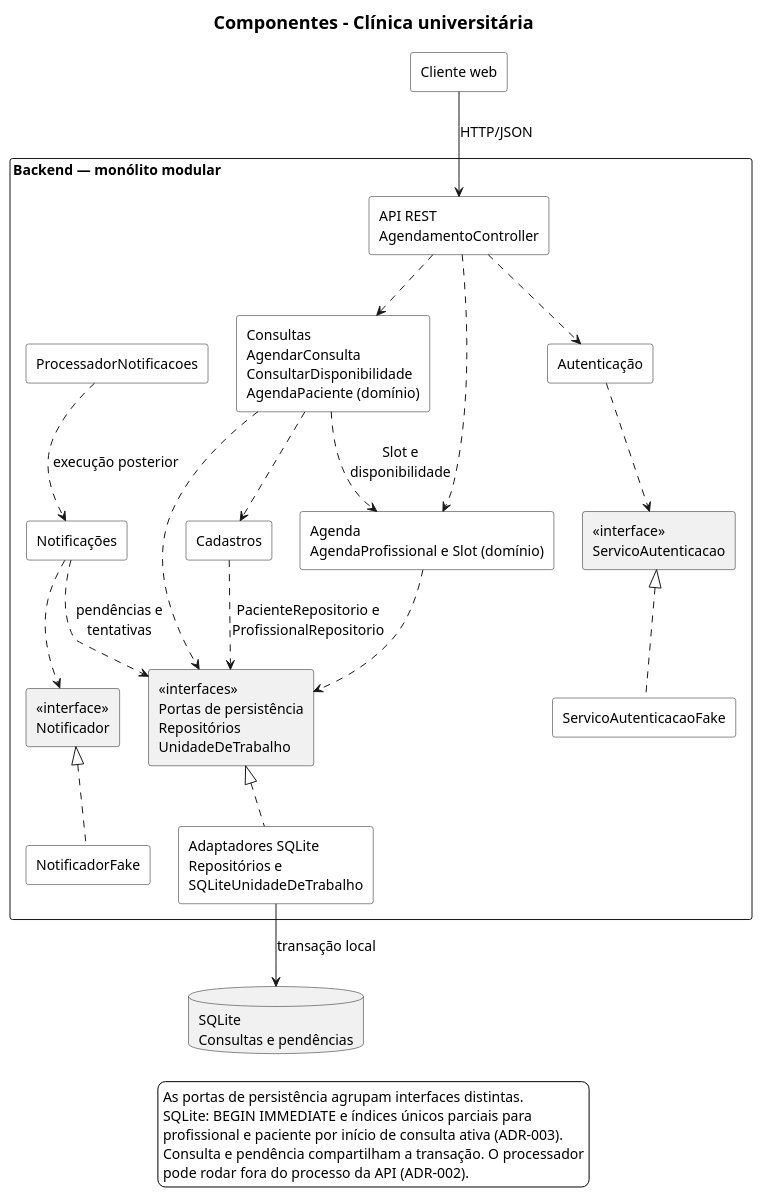
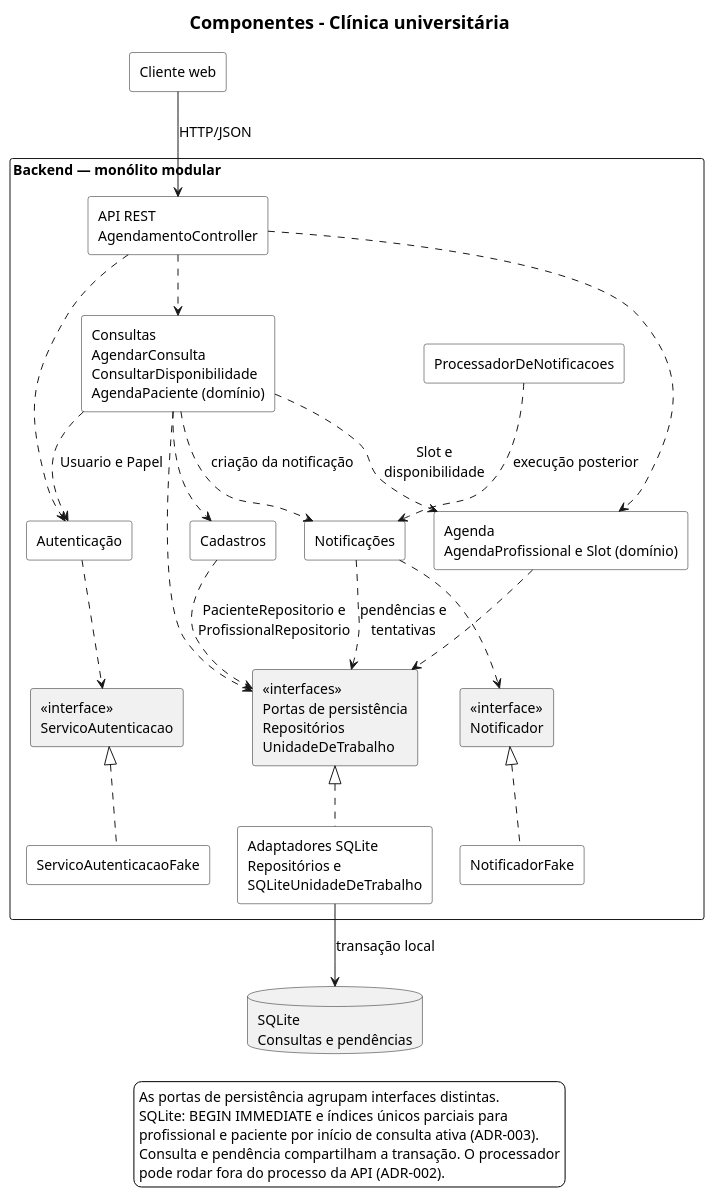
The diagram in docs/diagramas/componentes.puml (luizeduarte/agenda-clinica), drawn with PlantUML before and after one commit. The commit also changed 11 other files, not shown here.

First line of the commit message:
[FIX] Alinhamento dos diagramas com o código

```diff
--- a/docs/diagramas/componentes.puml
+++ b/docs/diagramas/componentes.puml
@@ -1,66 +1,68 @@
 @startuml componentes
 
 skinparam monochrome true
 skinparam shadowing false
 skinparam defaultFontName SansSerif
 skinparam defaultFontSize 14
 skinparam titleFontSize 18
 skinparam componentStyle rectangle
 skinparam componentBackgroundColor white
 skinparam packageStyle rectangle
 skinparam packageTitleAlignment left
 skinparam packageBackgroundColor white
 skinparam legendBackgroundColor white
 skinparam nodesep 28
 
 title Componentes - Clínica universitária
 
 component "Cliente web" as Web
 
 package "Backend — monólito modular" {
   component "API REST\nAgendamentoController" as API
   component "Consultas\nAgendarConsulta\nConsultarDisponibilidade\nAgendaPaciente (domínio)" as Consultas
   component "Agenda\nAgendaProfissional e Slot (domínio)" as Agenda
   component Cadastros
   component "Notificações" as Notificacoes
   component "Autenticação" as Autenticacao
 
   rectangle "«interfaces»\nPortas de persistência\nRepositórios\nUnidadeDeTrabalho" as Dados
   rectangle "«interface»\nNotificador" as Notificador
   rectangle "«interface»\nServicoAutenticacao" as ServicoAutenticacao
   component "Adaptadores SQLite\nRepositórios e\nSQLiteUnidadeDeTrabalho" as SQLite
   component NotificadorFake
   component ServicoAutenticacaoFake
-  component ProcessadorNotificacoes
+  component ProcessadorDeNotificacoes
 }
 
 database "SQLite\nConsultas e pendências" as Banco
 
 Web -down-> API : HTTP/JSON
 API ..> Consultas
 API ..> Agenda
 API ..> Autenticacao
 Consultas ..> Agenda : Slot e\ndisponibilidade
 Consultas ..> Cadastros
+Consultas ..> Autenticacao : Usuario e Papel
+Consultas ..> Notificacoes : criação da notificação
 Consultas ..> Dados
 Agenda ..> Dados
 Cadastros ..> Dados : PacienteRepositorio e\nProfissionalRepositorio
 Autenticacao ..> ServicoAutenticacao
 ServicoAutenticacaoFake .up.|> ServicoAutenticacao
 
-ProcessadorNotificacoes ..> Notificacoes : execução posterior
+ProcessadorDeNotificacoes ..> Notificacoes : execução posterior
 Notificacoes ..> Dados : pendências e\ntentativas
 Notificacoes ..> Notificador
 NotificadorFake .up.|> Notificador
 
 SQLite .up.|> Dados
 SQLite -down-> Banco : transação local
 
 legend bottom
   As portas de persistência agrupam interfaces distintas.
   SQLite: BEGIN IMMEDIATE e índices únicos parciais para
   profissional e paciente por início de consulta ativa (ADR-003).
   Consulta e pendência compartilham a transação. O processador
   pode rodar fora do processo da API (ADR-002).
 endlegend
 @enduml
```
